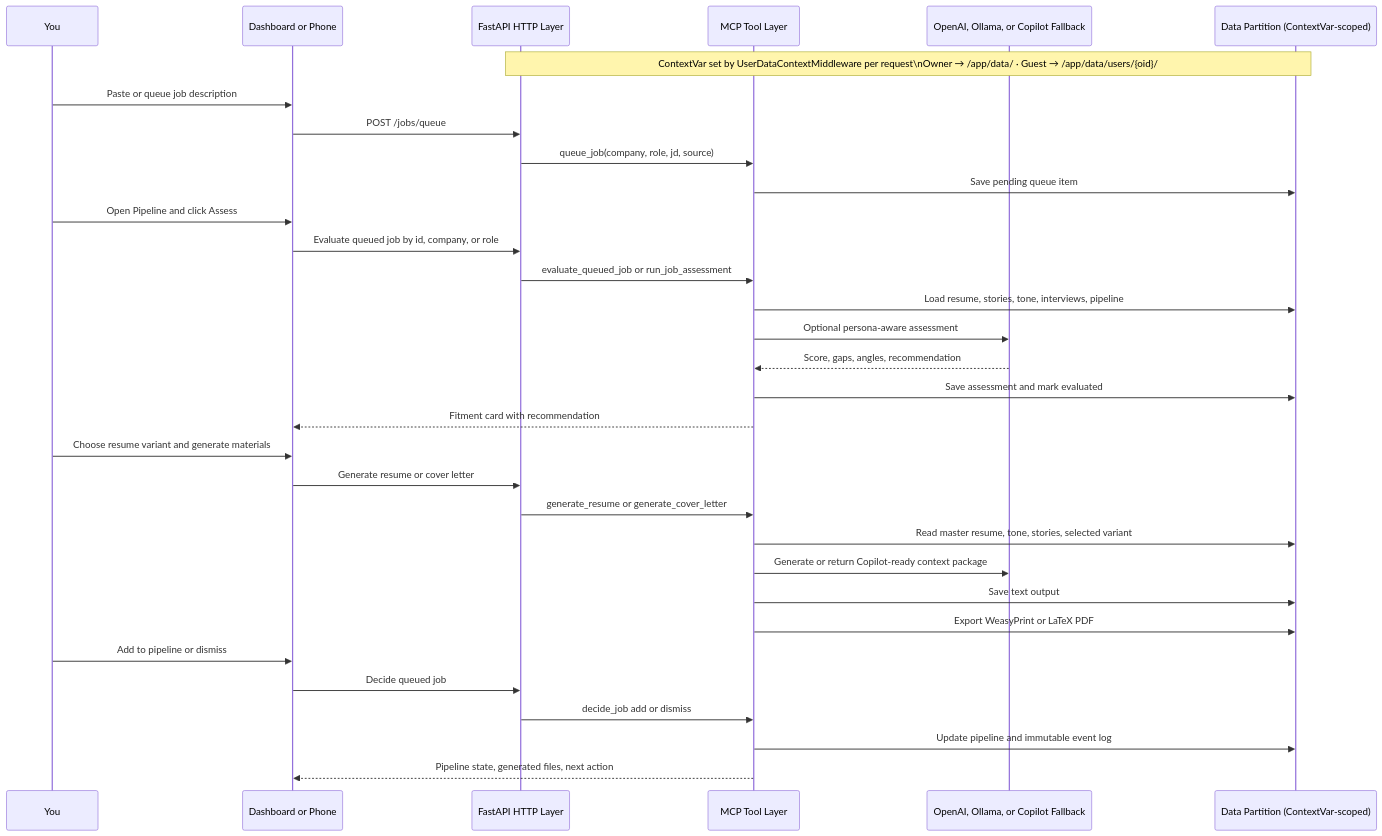
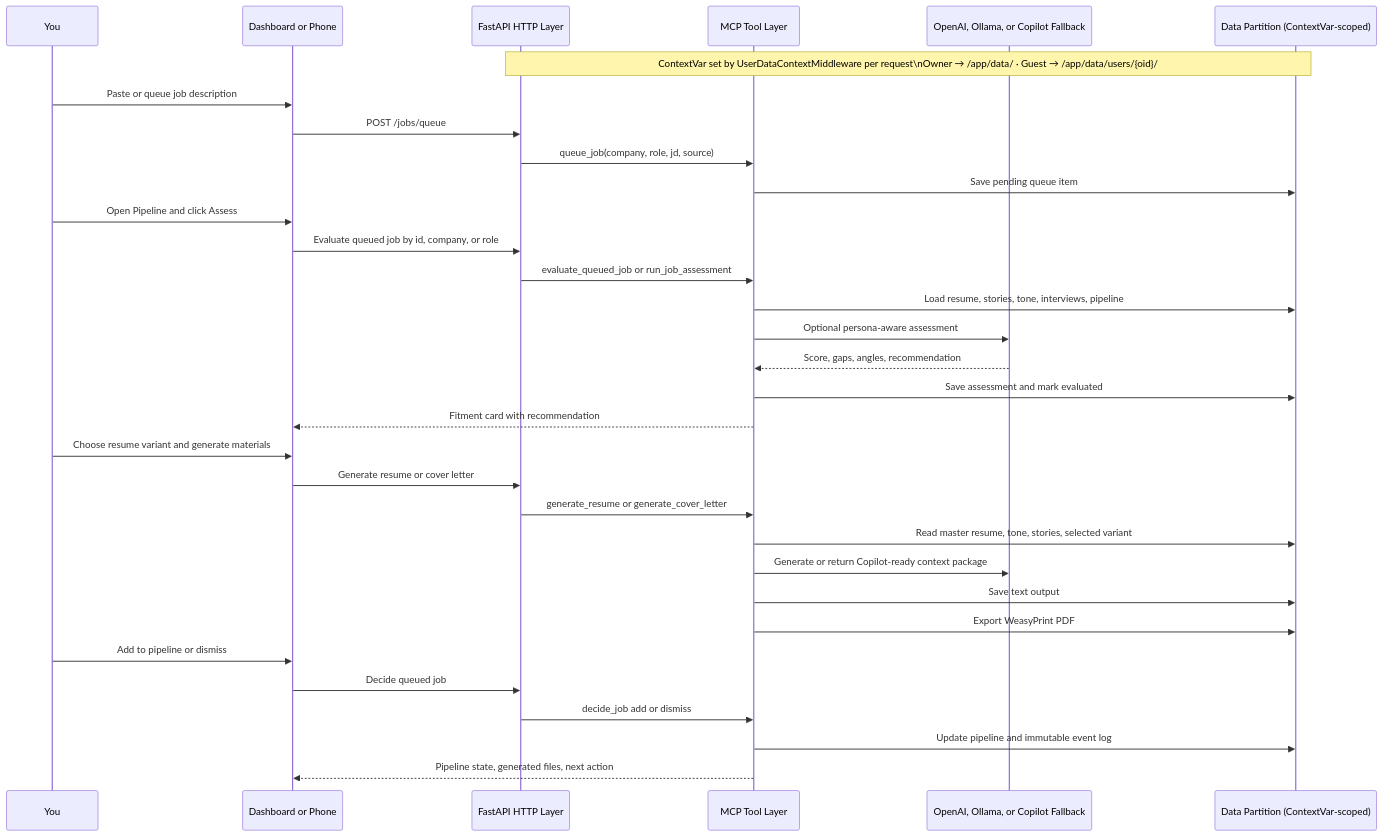
One commit to JustLikeFrank3/jobContextMCP changed the third of 3 diagrams in README.md. Above: the diagram before and after it, drawn with Mermaid. The commit also changed other lines of this file and 3 other files, not shown here.

````diff
--- a/README.md
+++ b/README.md
@@ -226,39 +221,39 @@
 ```mermaid
 sequenceDiagram
     participant You
     participant UI as Dashboard or Phone
     participant API as FastAPI HTTP Layer
     participant Tools as MCP Tool Layer
     participant LLM as OpenAI, Ollama, or Copilot Fallback
     participant Store as Data Partition (ContextVar-scoped)
 
     note over API,Store: ContextVar set by UserDataContextMiddleware per request\nOwner → /app/data/  ·  Guest → /app/data/users/{oid}/
 
     You->>UI: Paste or queue job description
     UI->>API: POST /jobs/queue
     API->>Tools: queue_job(company, role, jd, source)
     Tools->>Store: Save pending queue item
 
     You->>UI: Open Pipeline and click Assess
     UI->>API: Evaluate queued job by id, company, or role
     API->>Tools: evaluate_queued_job or run_job_assessment
     Tools->>Store: Load resume, stories, tone, interviews, pipeline
     Tools->>LLM: Optional persona-aware assessment
     LLM-->>Tools: Score, gaps, angles, recommendation
     Tools->>Store: Save assessment and mark evaluated
     Tools-->>UI: Fitment card with recommendation
 
     You->>UI: Choose resume variant and generate materials
     UI->>API: Generate resume or cover letter
     API->>Tools: generate_resume or generate_cover_letter
     Tools->>Store: Read master resume, tone, stories, selected variant
     Tools->>LLM: Generate or return Copilot-ready context package
     Tools->>Store: Save text output
-    Tools->>Store: Export WeasyPrint or LaTeX PDF
+    Tools->>Store: Export WeasyPrint PDF
 
     You->>UI: Add to pipeline or dismiss
     UI->>API: Decide queued job
     API->>Tools: decide_job add or dismiss
     Tools->>Store: Update pipeline and immutable event log
     Tools-->>UI: Pipeline state, generated files, next action
 ```
````
